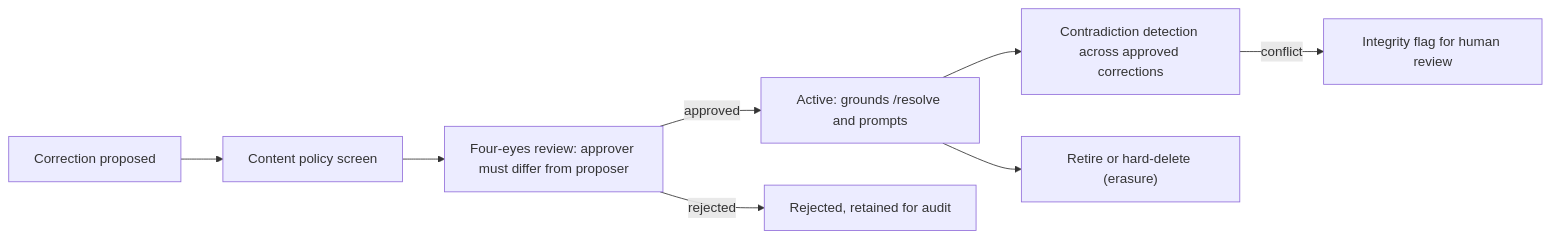
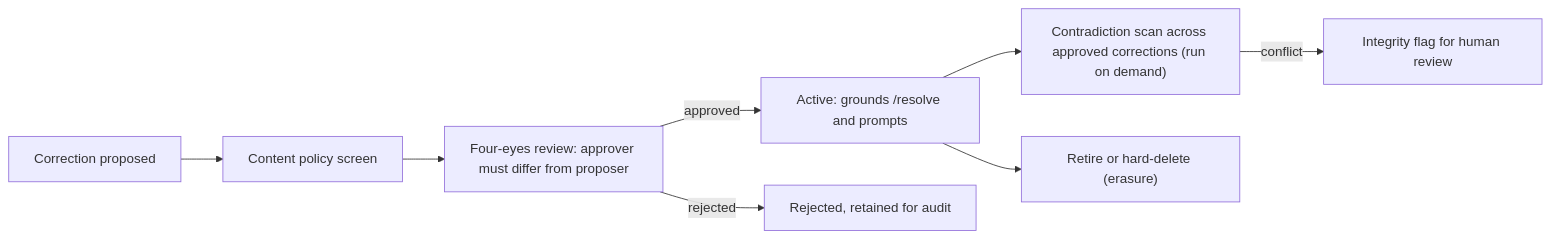
One commit to KangaKode/aiscaffold changed the seventh of 10 diagrams in docs/FEATURES.md. Above: the diagram before and after it, drawn with Mermaid. The commit also changed other lines of this file and 9 other files, not shown here.

````diff
--- a/docs/FEATURES.md
+++ b/docs/FEATURES.md
@@ -228,10 +255,10 @@
 ```mermaid
 flowchart LR
     Prop["Correction proposed"] --> Policy["Content policy screen"]
     Policy --> Rev["Four-eyes review: approver must differ from proposer"]
     Rev -->|"approved"| Act["Active: grounds /resolve and prompts"]
     Rev -->|"rejected"| Rej["Rejected, retained for audit"]
-    Act --> Contra["Contradiction detection across approved corrections"]
+    Act --> Contra["Contradiction scan across approved corrections (run on demand)"]
     Contra -->|"conflict"| Flagged["Integrity flag for human review"]
     Act --> Ret["Retire or hard-delete (erasure)"]
 ```
````
